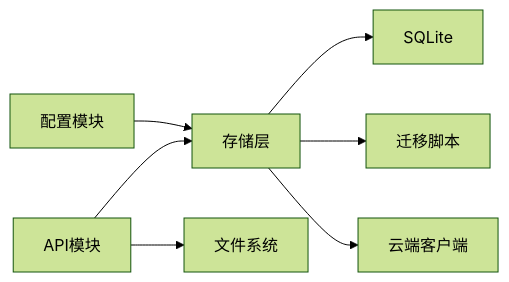
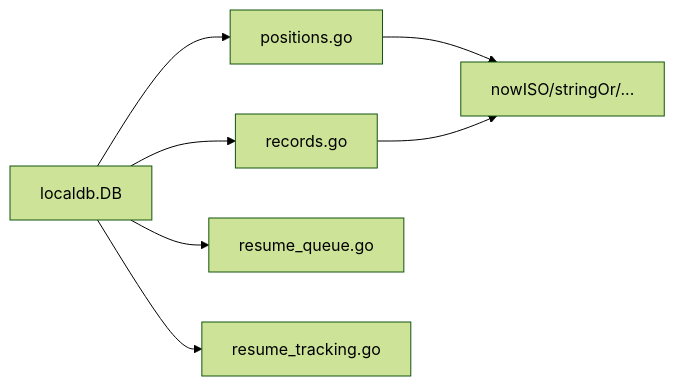
The ninth of 10 diagrams in .qoder/repowiki/zh/content/系统架构/本地Agent架构/数据存储层.md (alvinwangzi/goodhr), drawn with Mermaid (forest theme) before and after one commit. The commit also changed other lines of this file and 149 other files, not shown here.

````diff
--- a/.qoder/repowiki/zh/content/系统架构/本地Agent架构/数据存储层.md
+++ b/.qoder/repowiki/zh/content/系统架构/本地Agent架构/数据存储层.md
@@ -350,9 +349,9 @@
 ```mermaid
 graph LR
-Config["配置模块"] --> Store["存储层"]
-Store --> DB["SQLite"]
-Store --> Migrations["迁移脚本"]
-API["API模块"] --> Store
-API --> FS["文件系统"]
-Store --> Cloud["云端客户端"]
+DB["localdb.DB"] --> POS["positions.go"]
+DB --> REC["records.go"]
+DB --> RQ["resume_queue.go"]
+DB --> RT["resume_tracking.go"]
+POS --> UTIL["nowISO/stringOr/..."]
+REC --> UTIL
 ```
````
